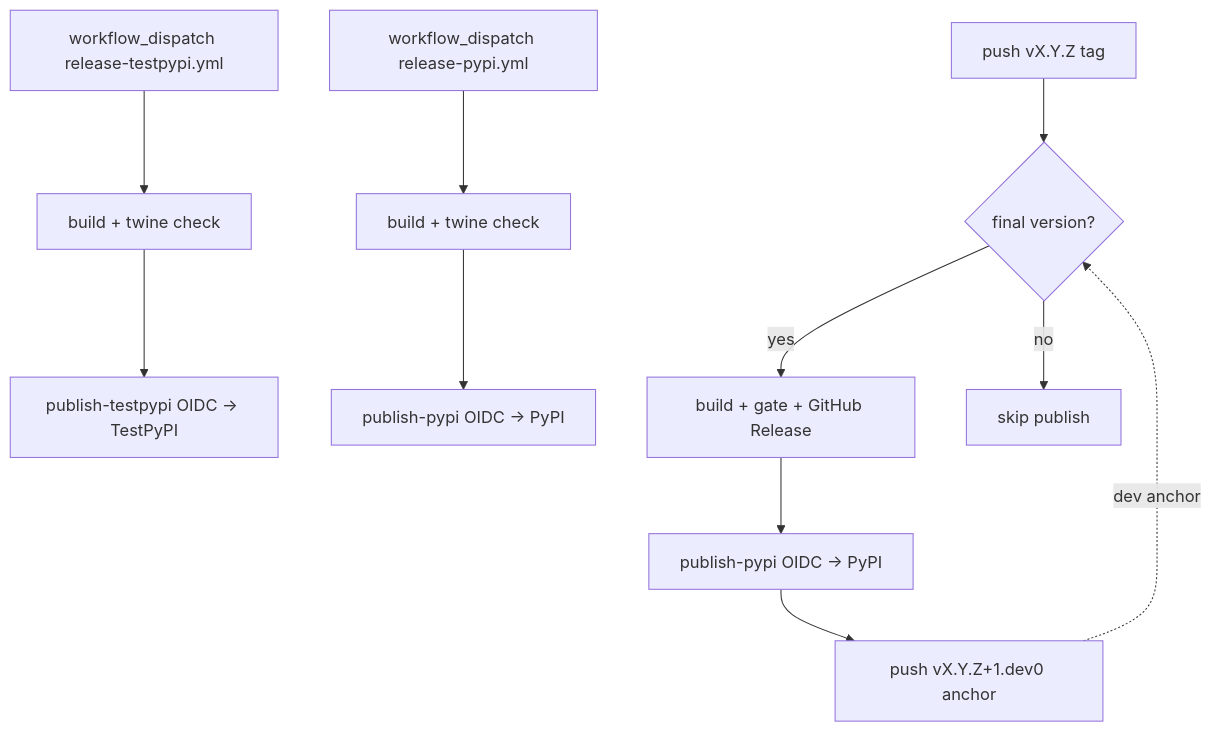
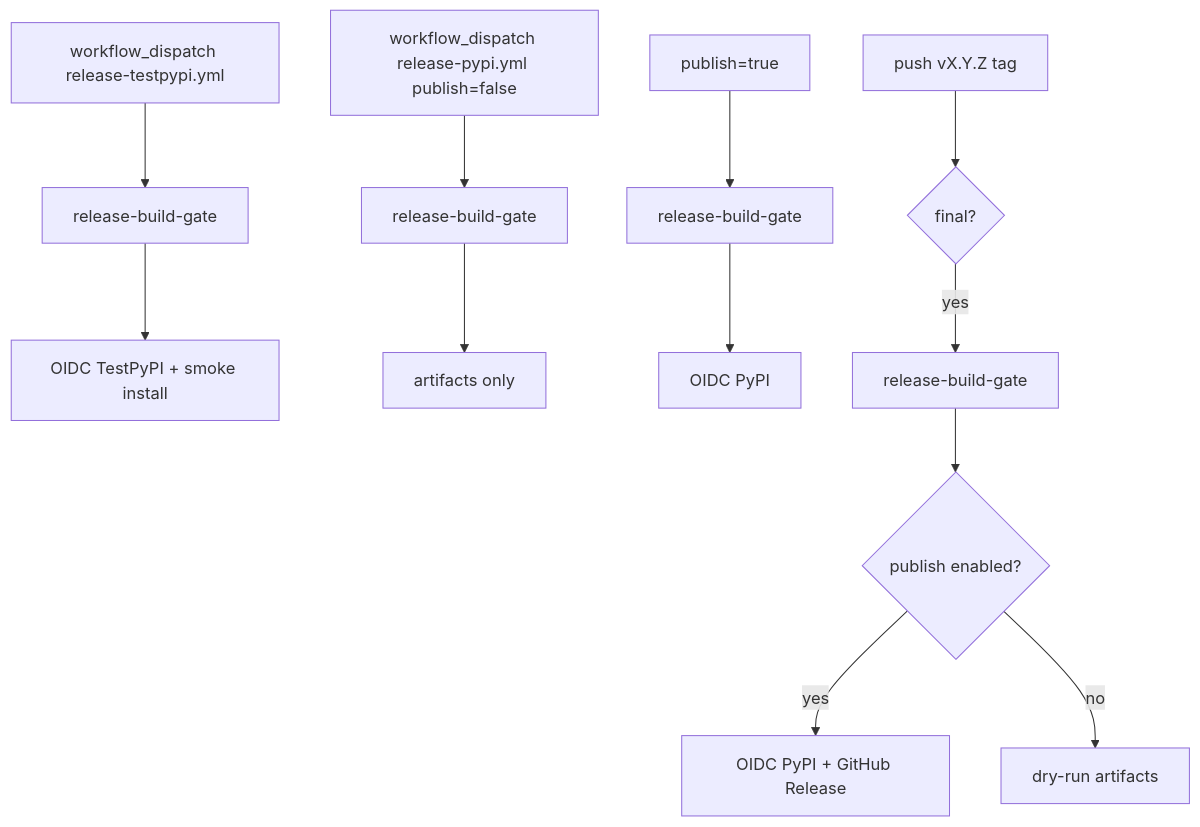
Before and after one commit to endorlabs/endorlabs-sdk: the diagram in docs/contributing/release-publishing.md, drawn with Mermaid. The commit also changed other lines of this file and 11 other files, not shown here.

Commit message:
Harden release automation for TestPyPI validation and history purge tooling.

````diff
--- a/docs/contributing/release-publishing.md
+++ b/docs/contributing/release-publishing.md
@@ -166,13 +172,14 @@
 ```mermaid
 flowchart TD
-  dispatchTest["workflow_dispatch release-testpypi.yml"] --> testBuild[build + twine check]
-  testBuild --> pubT["publish-testpypi OIDC → TestPyPI"]
-  dispatchProd["workflow_dispatch release-pypi.yml"] --> prodManualBuild[build + twine check]
-  prodManualBuild --> pubM["publish-pypi OIDC → PyPI"]
-  tag["push vX.Y.Z tag"] --> gate{final version?}
-  gate -- yes --> prodBuild[build + gate + GitHub Release]
-  prodBuild --> pubP["publish-pypi OIDC → PyPI"]
-  pubP --> bump["push vX.Y.Z+1.dev0 anchor"]
-  bump -.->|dev anchor| gate
-  gate -- no --> skip[skip publish]
+  dispatchTest["workflow_dispatch release-testpypi.yml"] --> testGate[release-build-gate]
+  testGate --> pubT["OIDC TestPyPI + smoke install"]
+  dispatchProd["workflow_dispatch release-pypi.yml publish=false"] --> prodGate[release-build-gate]
+  prodGate --> dryRun[artifacts only]
+  dispatchProdPub["publish=true"] --> prodGate2[release-build-gate]
+  prodGate2 --> pubM["OIDC PyPI"]
+  tagPush["push vX.Y.Z tag"] --> classify{final?}
+  classify -- yes --> tagGate[release-build-gate]
+  tagGate --> pubOpt{publish enabled?}
+  pubOpt -- yes --> pubP["OIDC PyPI + GitHub Release"]
+  pubOpt -- no --> dryTag[dry-run artifacts]
 ```
````
